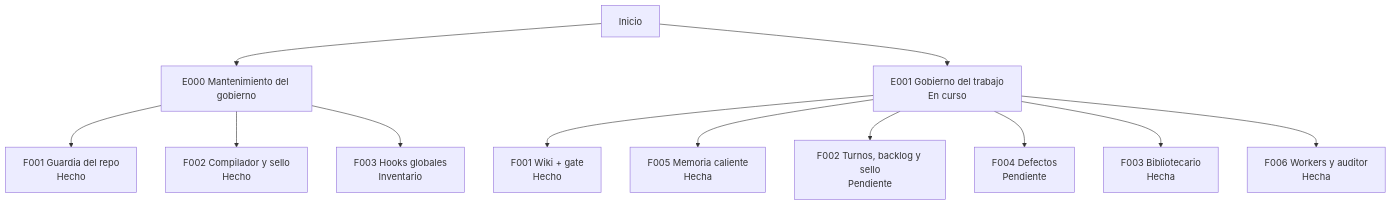
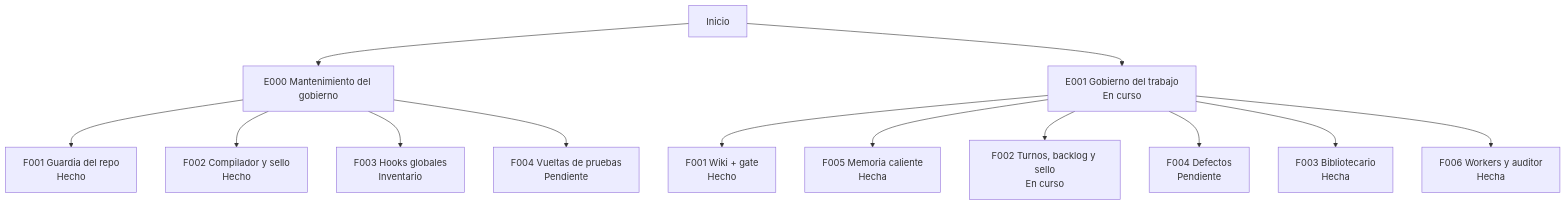
The second of 2 diagrams in docs/README.md (jliberal-aquas/aquas-central-harness-government), drawn with Mermaid before and after one commit. The commit also changed other lines of this file and 51 other files, not shown here.

````diff
--- a/docs/README.md
+++ b/docs/README.md
@@ -103,14 +103,15 @@
 ```mermaid
 flowchart TD
     R["Inicio"] --> E0["E000 Mantenimiento del gobierno"]
     R --> E1["E001 Gobierno del trabajo<br/>En curso"]
     E0 --> E0F1["F001 Guardia del repo<br/>Hecho"]
     E0 --> E0F2["F002 Compilador y sello<br/>Hecho"]
     E0 --> E0F3["F003 Hooks globales<br/>Inventario"]
+    E0 --> E0F4["F004 Vueltas de pruebas<br/>Pendiente"]
     E1 --> E1F1["F001 Wiki + gate<br/>Hecho"]
     E1 --> E1F5["F005 Memoria caliente<br/>Hecha"]
-    E1 --> E1F2["F002 Turnos, backlog y sello<br/>Pendiente"]
+    E1 --> E1F2["F002 Turnos, backlog y sello<br/>En curso"]
     E1 --> E1F4["F004 Defectos<br/>Pendiente"]
     E1 --> E1F3["F003 Bibliotecario<br/>Hecha"]
     E1 --> E1F6["F006 Workers y auditor<br/>Hecha"]
 ```
````
